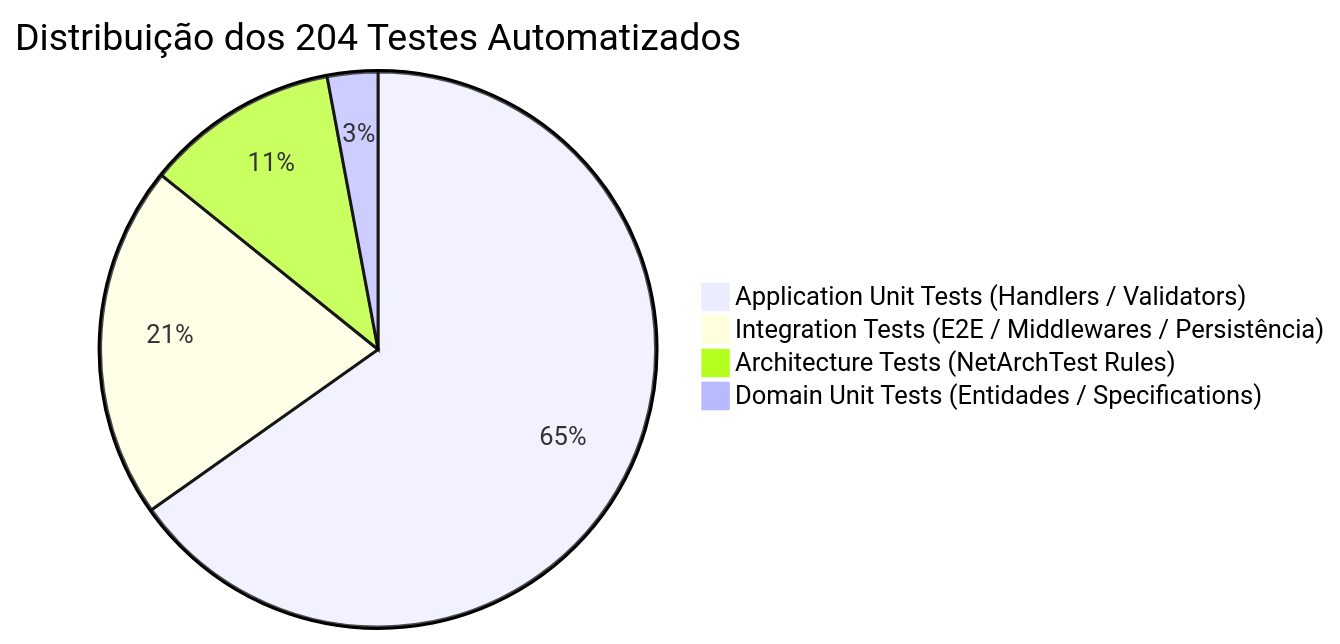
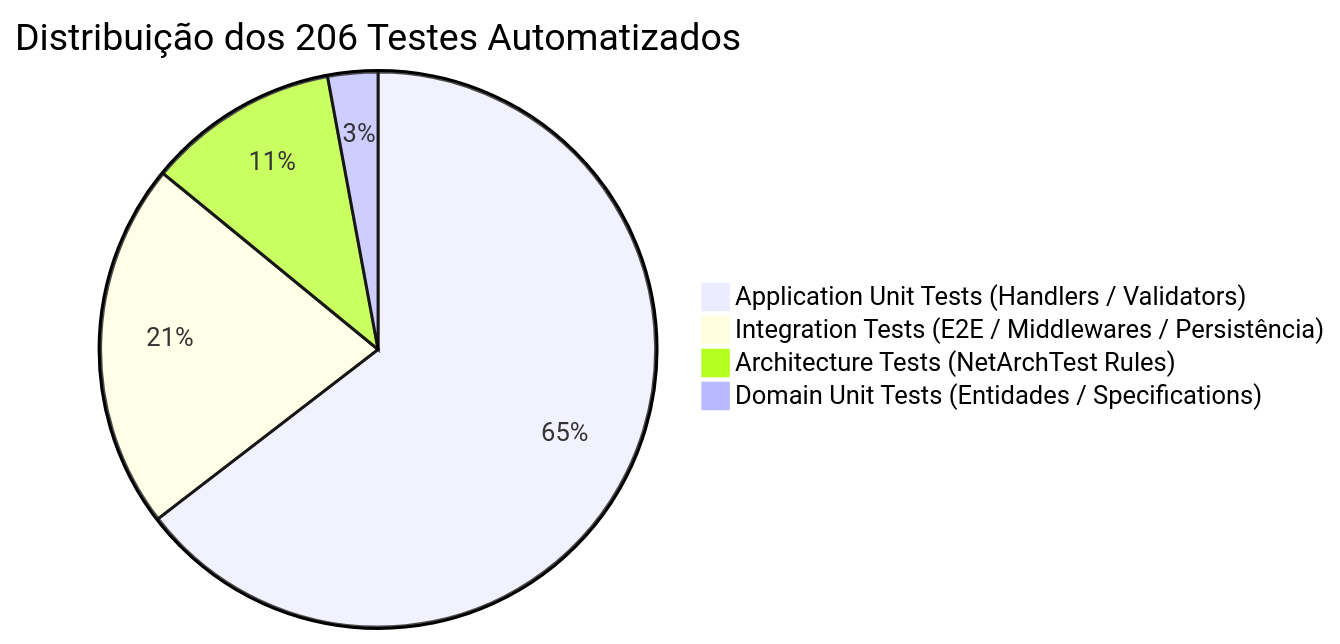
The third of 3 diagrams in README.md (liuizn/tech-curse), drawn with Mermaid before and after one commit. The commit also changed other lines of this file and 40 other files, not shown here.

````diff
--- a/README.md
+++ b/README.md
@@ -264,7 +264,7 @@
 ```mermaid
-pie title Distribuição dos 204 Testes Automatizados
+pie title Distribuição dos 206 Testes Automatizados
     "Application Unit Tests (Handlers / Validators)" : 133
-    "Integration Tests (E2E / Middlewares / Persistência)" : 42
+    "Integration Tests (E2E / Middlewares / Persistência)" : 44
     "Architecture Tests (NetArchTest Rules)" : 23
     "Domain Unit Tests (Entidades / Specifications)" : 6
 ```
````
